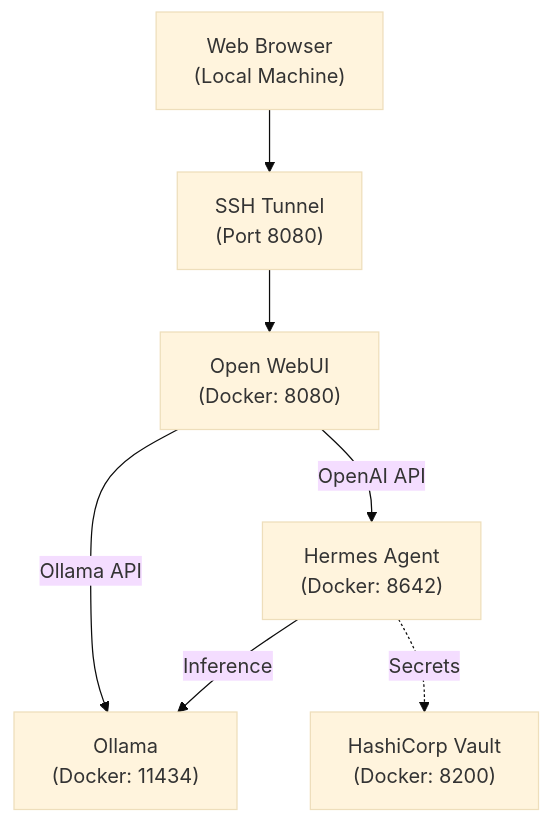
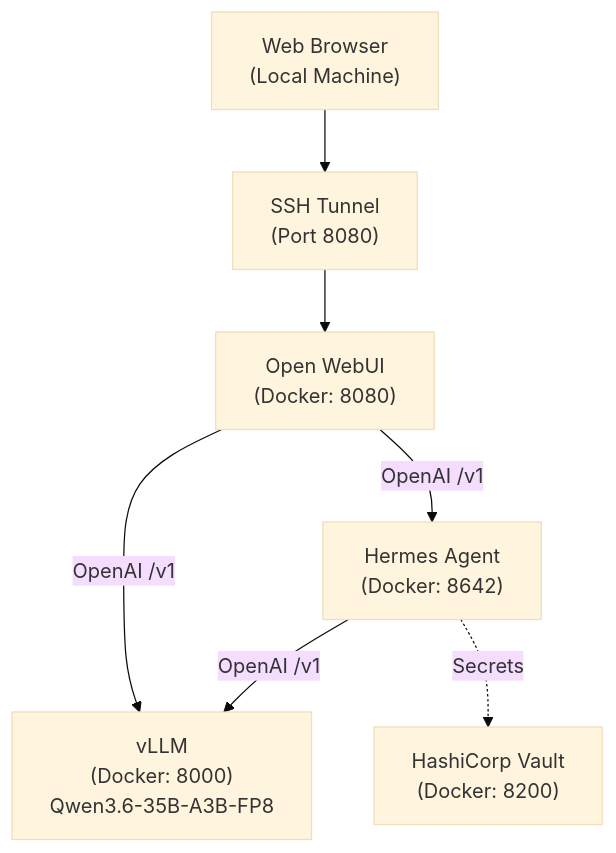
One commit to bryantharpe/dgx-ollama-hermes-config changed the diagram in DEPLOYMENT.md. Above: the diagram before and after it, drawn with Mermaid (base theme). The commit also changed other lines of this file and 20 other files, not shown here.

````diff
--- a/DEPLOYMENT.md
+++ b/DEPLOYMENT.md
@@ -7,16 +9,16 @@
 ```mermaid
 flowchart TD
     Browser["Web Browser<br/>(Local Machine)"]
     SSH["SSH Tunnel<br/>(Port 8080)"]
     WebUI["Open WebUI<br/>(Docker: 8080)"]
     Hermes["Hermes Agent<br/>(Docker: 8642)"]
-    Ollama["Ollama<br/>(Docker: 11434)"]
+    vLLM["vLLM<br/>(Docker: 8000)<br/>Qwen3.6-35B-A3B-FP8"]
     Vault["HashiCorp Vault<br/>(Docker: 8200)"]
 
     Browser --> SSH
     SSH --> WebUI
-    WebUI -->|OpenAI API| Hermes
-    WebUI -->|Ollama API| Ollama
-    Hermes -->|Inference| Ollama
+    WebUI -->|OpenAI /v1| Hermes
+    WebUI -->|OpenAI /v1| vLLM
+    Hermes -->|OpenAI /v1| vLLM
     Hermes -.->|Secrets| Vault
 ```
````
